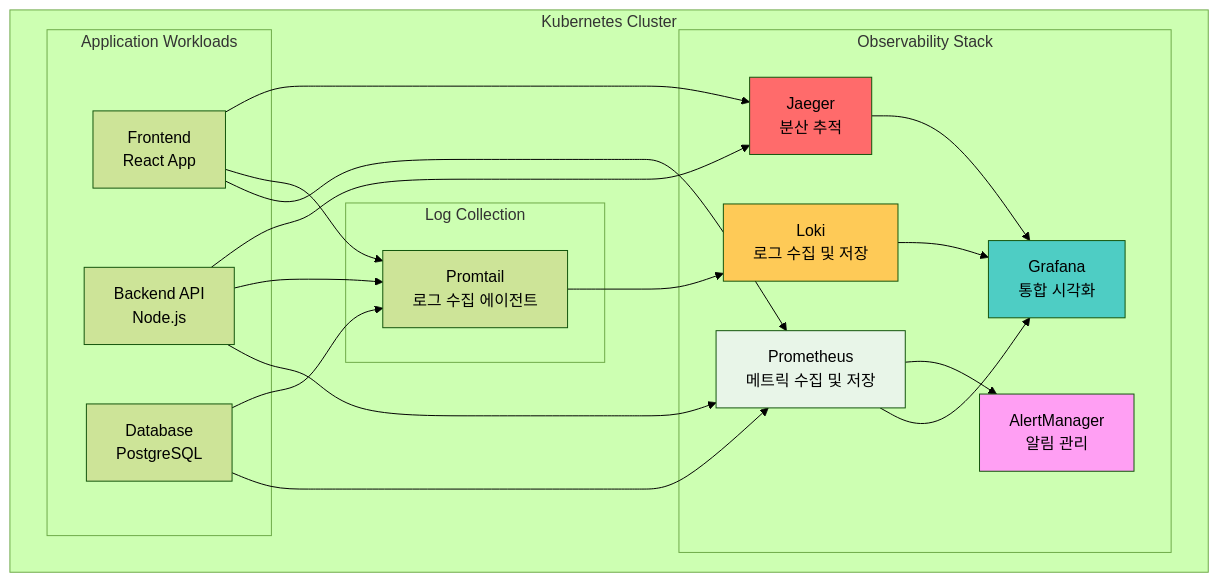
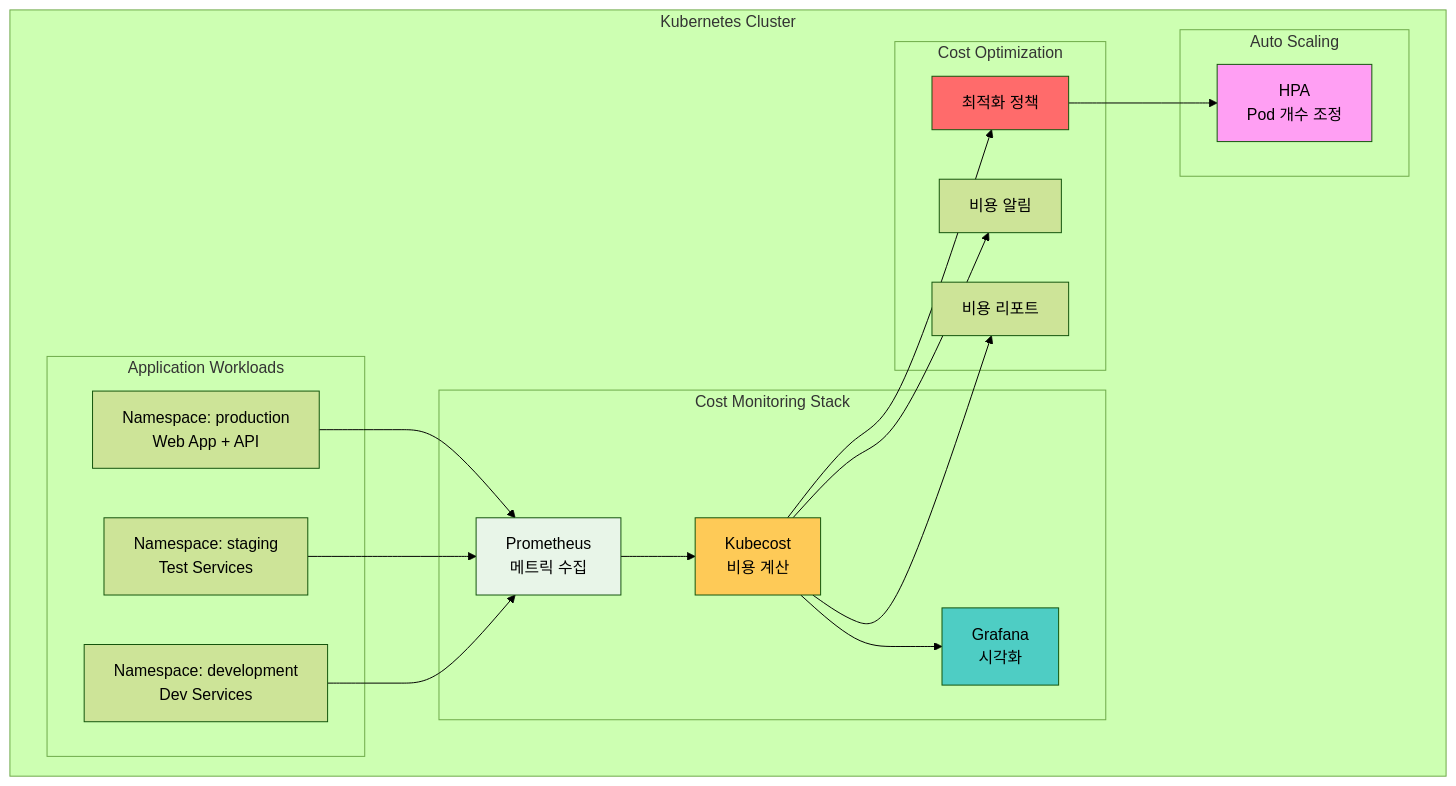
The first of 3 diagrams in theory/week_04/day5/lab_1.md (niceguy61/kdt_devops_lecture_2025), drawn with Mermaid (forest theme) before and after one commit. The commit also changed other lines of this file and 5 other files, not shown here.

````diff
--- a/theory/week_04/day5/lab_1.md
+++ b/theory/week_04/day5/lab_1.md
@@ -36,46 +36,45 @@
 ```mermaid
 graph TB
     subgraph "Kubernetes Cluster"
-        subgraph "Observability Stack"
-            P[Prometheus<br/>메트릭 수집 및 저장]
-            G[Grafana<br/>통합 시각화]
-            A[AlertManager<br/>알림 관리]
-            L[Loki<br/>로그 수집 및 저장]
-            J[Jaeger<br/>분산 추적]
+        subgraph "Cost Monitoring Stack"
+            P[Prometheus<br/>메트릭 수집]
+            K[Kubecost<br/>비용 계산]
+            G[Grafana<br/>시각화]
         end
         
         subgraph "Application Workloads"
-            APP1[Frontend<br/>React App]
-            APP2[Backend API<br/>Node.js]
-            APP3[Database<br/>PostgreSQL]
+            NS1[Namespace: production<br/>Web App + API]
+            NS2[Namespace: staging<br/>Test Services]
+            NS3[Namespace: development<br/>Dev Services]
         end
         
-        subgraph "Log Collection"
-            PL[Promtail<br/>로그 수집 에이전트]
+        subgraph "Auto Scaling"
+            HPA[HPA<br/>Pod 개수 조정]
+        end
+        
+        subgraph "Cost Optimization"
+            OPT[최적화 정책]
+            ALERT[비용 알림]
+            REPORT[비용 리포트]
         end
     end
     
-    APP1 --> P
-    APP2 --> P
-    APP3 --> P
+    NS1 --> P
+    NS2 --> P
+    NS3 --> P
     
-    APP1 --> PL
-    APP2 --> PL
-    APP3 --> PL
+    P --> K
+    K --> G
     
-    PL --> L
+    K --> OPT
+    OPT --> HPA
     
-    APP1 --> J
-    APP2 --> J
-    
-    P --> G
-    L --> G
-    J --> G
-    P --> A
+    K --> ALERT
+    K --> REPORT
     
     style P fill:#e8f5e8
+    style K fill:#feca57
     style G fill:#4ecdc4
-    style A fill:#ff9ff3
-    style L fill:#feca57
-    style J fill:#ff6b6b
+    style HPA fill:#ff9ff3
+    style OPT fill:#ff6b6b
 ```
````
